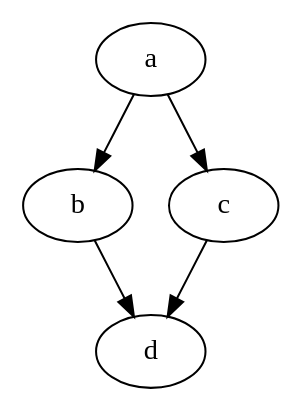
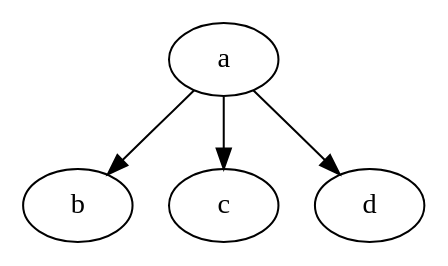
Before and after one commit to MKTPR/DFS-TaskScheduler: the diagram in 306P1/digraph.dot, drawn with Graphviz. The commit also changed 1 other file, not shown here.

```diff
--- a/306P1/digraph.dot
+++ b/306P1/digraph.dot
@@ -1,10 +1,11 @@
 digraph  example {
 a[ Weight =2];
-b[ Weight =3];
+b[ Weight =2];
 a -> b    [ Weight =1];
-c[ Weight =3];
-a -> c[ Weight =2];
-d[ Weight =2];
-b -> d    [ Weight =2];
-c -> d    [ Weight =1];
+c[ Weight =2];
+a -> c[ Weight =3];
+d[ Weight =3];
+a -> d[ Weight =1];
+
+
 }
```
